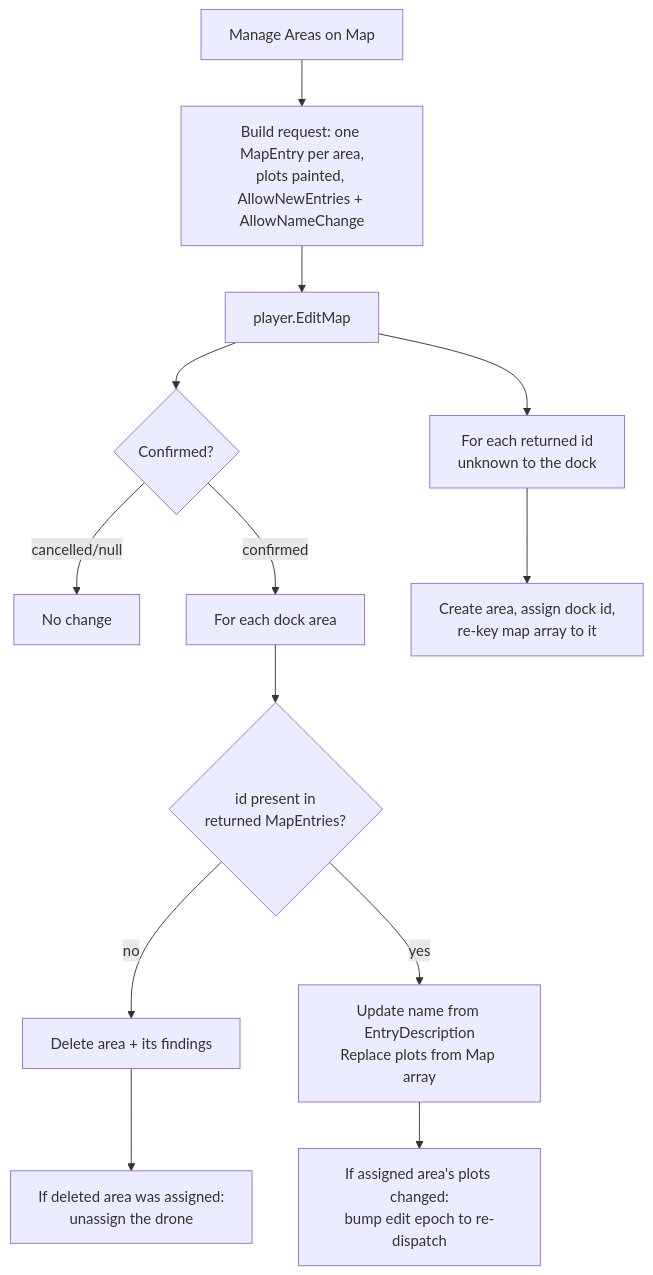
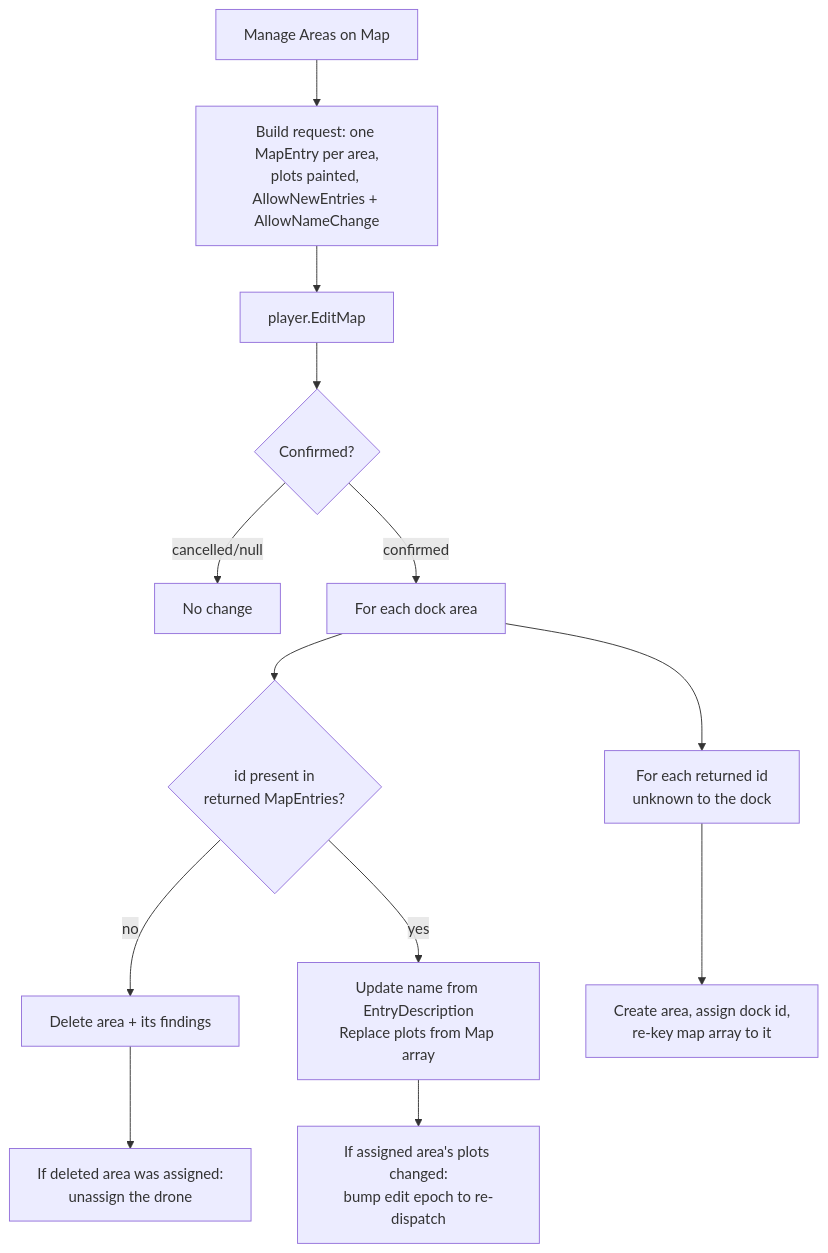
One commit to iuriguilherme/Eco-Mod-Advanced-Electronics changed the diagram in docs/plans/2026-07-26-003-feat-survey-tab-ui-rework-plan.md. Above: the diagram before and after it, drawn with Mermaid. The commit also changed other lines of this file and 1 other file, not shown here.

````diff
--- a/docs/plans/2026-07-26-003-feat-survey-tab-ui-rework-plan.md
+++ b/docs/plans/2026-07-26-003-feat-survey-tab-ui-rework-plan.md
@@ -159,15 +184,15 @@
 ```mermaid
 flowchart TD
     A[Manage Areas on Map] --> B[Build request: one MapEntry per area,<br/>plots painted, AllowNewEntries + AllowNameChange]
     B --> C[player.EditMap]
     C --> D{Confirmed?}
     D -- cancelled/null --> E[No change]
     D -- confirmed --> F[For each dock area]
     F --> G{id present in<br/>returned MapEntries?}
     G -- no --> H[Delete area + its findings]
     G -- yes --> I[Update name from EntryDescription<br/>Replace plots from Map array]
-    C --> J[For each returned id<br/>unknown to the dock]
+    F --> J[For each returned id<br/>unknown to the dock]
     J --> K[Create area, assign dock id,<br/>re-key map array to it]
     H --> L[If deleted area was assigned:<br/>unassign the drone]
     I --> M[If assigned area's plots changed:<br/>bump edit epoch to re-dispatch]
 ```
````
